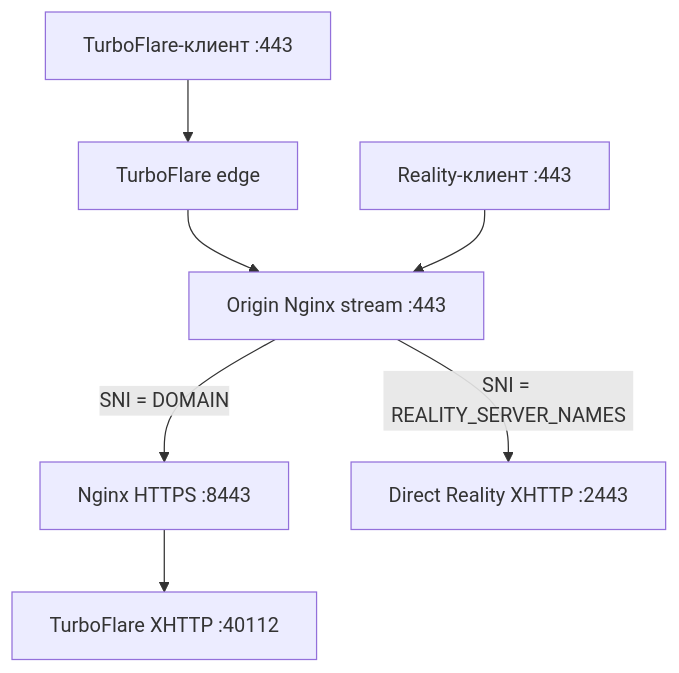
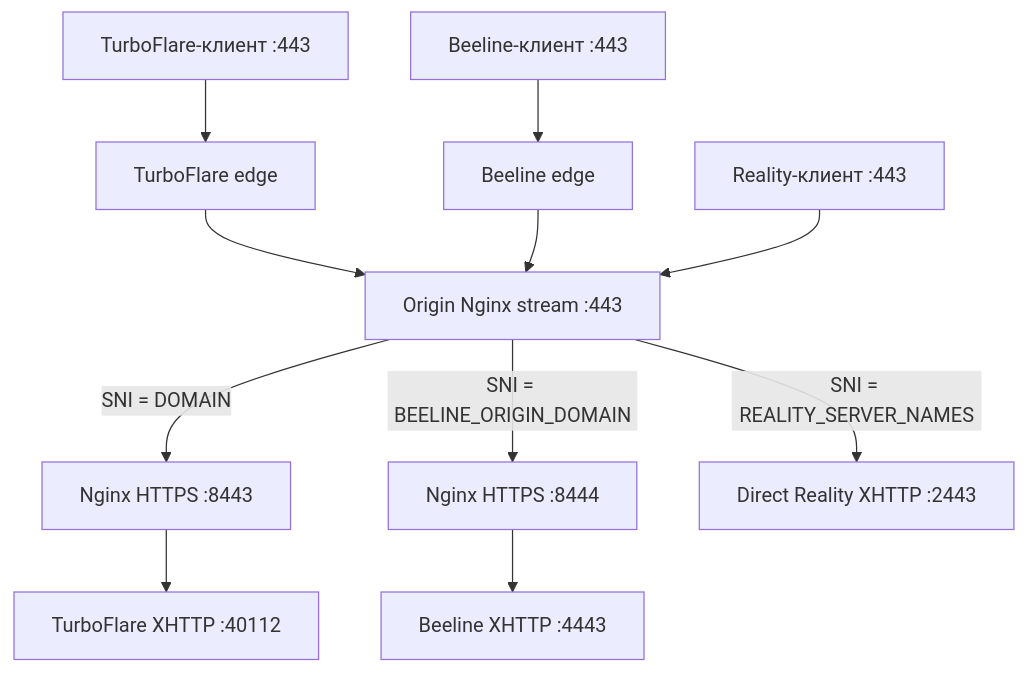
The diagram in README.md (zchk0/Turboflare_CDN_Setup), drawn with Mermaid before and after one commit. The commit also changed other lines of this file and 13 other files, not shown here.

````diff
--- a/README.md
+++ b/README.md
@@ -26,9 +27,13 @@
 ```mermaid
 flowchart TD
     A["TurboFlare-клиент :443"] --> B["TurboFlare edge"]
     B --> C["Origin Nginx stream :443"]
+    BA["Beeline-клиент :443"] --> BB["Beeline edge"]
+    BB --> C
     R["Reality-клиент :443"] --> C
     C -->|SNI = DOMAIN| D["Nginx HTTPS :8443"]
     D --> E["TurboFlare XHTTP :40112"]
+    C -->|SNI = BEELINE_ORIGIN_DOMAIN| BD["Nginx HTTPS :8444"]
+    BD --> BE["Beeline XHTTP :4443"]
     C -->|SNI = REALITY_SERVER_NAMES| F["Direct Reality XHTTP :2443"]
 ```
````
